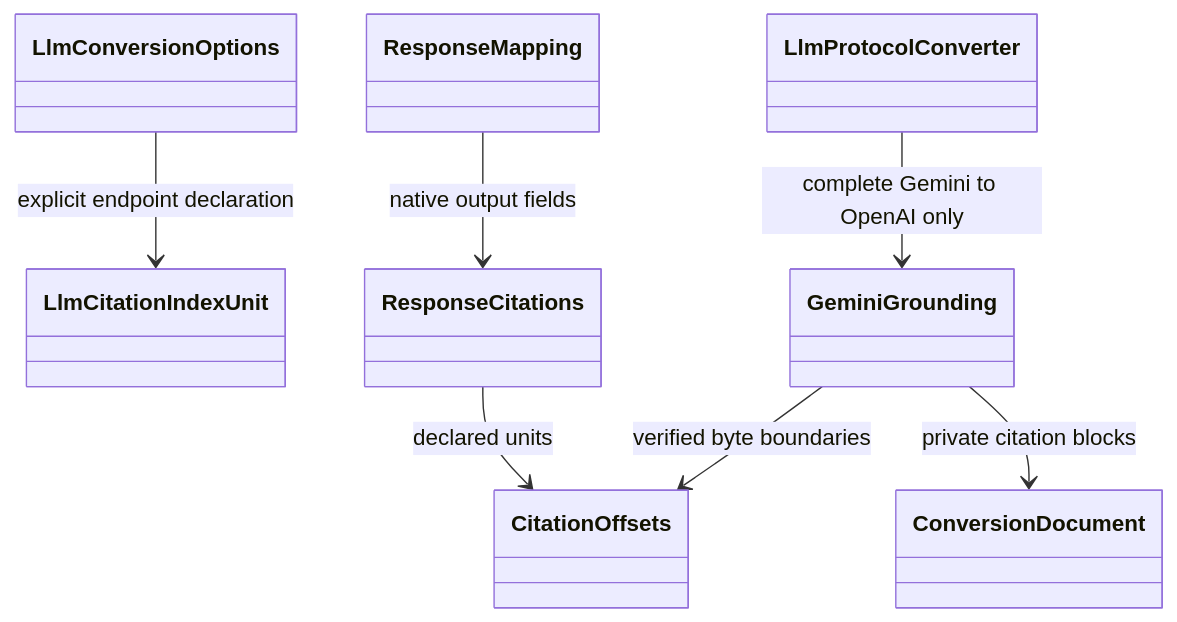
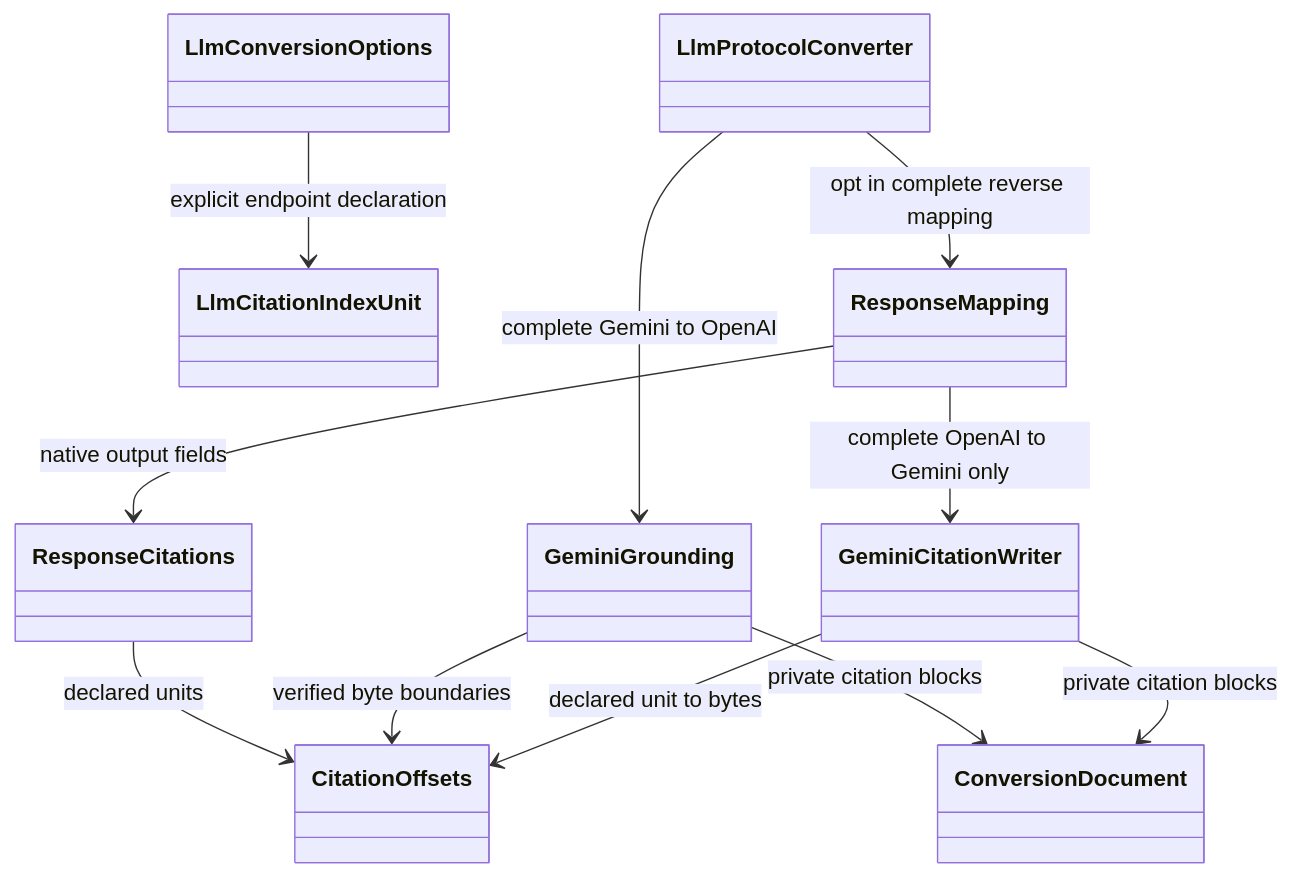
Diagram 11 of 20 in docs/architecture.md (BenLampson/Asgard.Loki), drawn with Mermaid before and after one commit. The commit also changed other lines of this file and 15 other files, not shown here.

Commit message:
feat(conversion): map complete OpenAI citations to Gemini grounding

````diff
--- a/docs/architecture.md
+++ b/docs/architecture.md
@@ -396,9 +398,13 @@
 ```mermaid
 classDiagram
 LlmConversionOptions --> LlmCitationIndexUnit : explicit endpoint declaration
-LlmProtocolConverter --> GeminiGrounding : complete Gemini to OpenAI only
+LlmProtocolConverter --> GeminiGrounding : complete Gemini to OpenAI
+LlmProtocolConverter --> ResponseMapping : opt in complete reverse mapping
+ResponseMapping --> GeminiCitationWriter : complete OpenAI to Gemini only
+GeminiCitationWriter --> CitationOffsets : declared unit to bytes
+GeminiCitationWriter --> ConversionDocument : private citation blocks
 GeminiGrounding --> CitationOffsets : verified byte boundaries
 GeminiGrounding --> ConversionDocument : private citation blocks
 ResponseCitations --> CitationOffsets : declared units
 ResponseMapping --> ResponseCitations : native output fields
 ```
````
